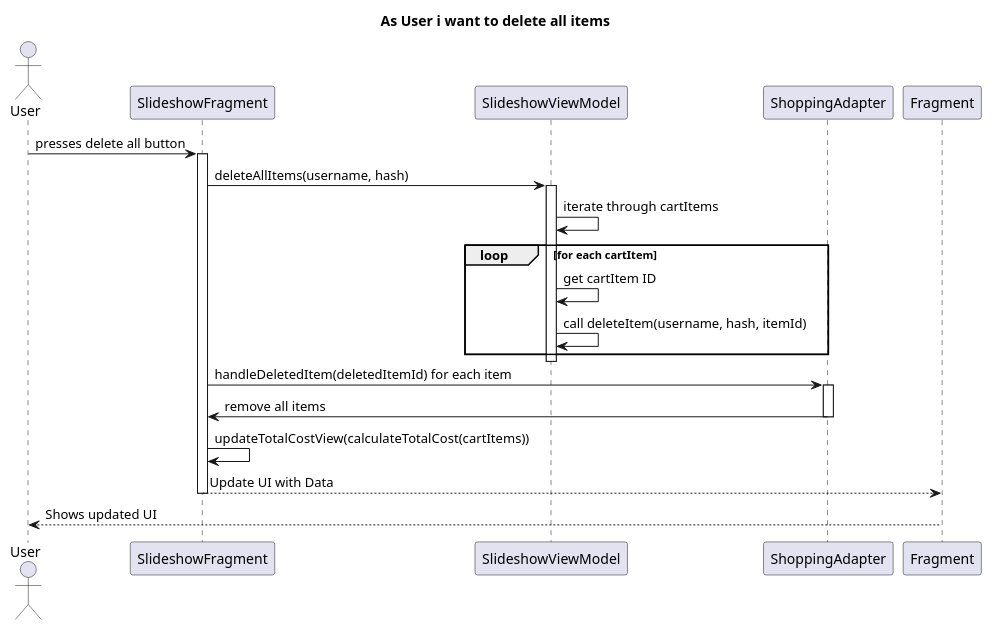
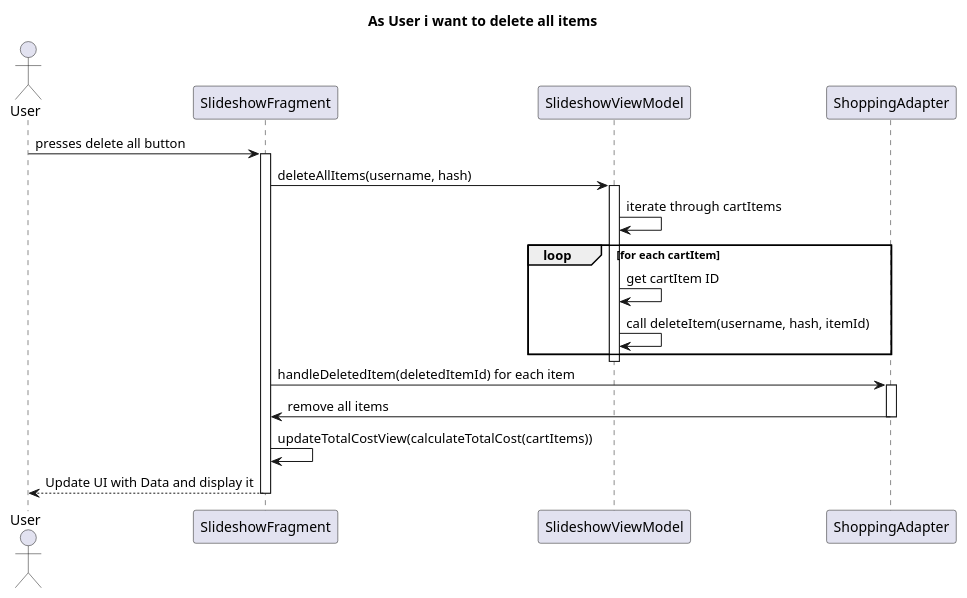
Before and after one commit to IsepMartimOliveira/DSSMV_ProjectDroid_1181754: the diagram in Documents/US/US08/SD.puml, drawn with PlantUML. The commit also changed 16 other files, not shown here.

```diff
--- a/Documents/US/US08/SD.puml
+++ b/Documents/US/US08/SD.puml
@@ -1,36 +1,35 @@
 @startuml
 title As User i want to delete all items
 actor User as User
 participant "SlideshowFragment" as SlideshowFragment
 participant "SlideshowViewModel" as SlideshowViewModel
 participant "ShoppingAdapter" as ShoppingAdapter
 
 
 
 User -> SlideshowFragment: presses delete all button
 activate SlideshowFragment
 
 SlideshowFragment -> SlideshowViewModel: deleteAllItems(username, hash)
 activate SlideshowViewModel
 
 SlideshowViewModel -> SlideshowViewModel: iterate through cartItems
 loop for each cartItem
     SlideshowViewModel -> SlideshowViewModel: get cartItem ID
     SlideshowViewModel -> SlideshowViewModel: call deleteItem(username, hash, itemId)
 end loop
 
 deactivate SlideshowViewModel
 
 activate SlideshowFragment
 SlideshowFragment -> ShoppingAdapter: handleDeletedItem(deletedItemId) for each item
 activate ShoppingAdapter
 ShoppingAdapter -> SlideshowFragment: remove all items
 deactivate ShoppingAdapter
 
 SlideshowFragment -> SlideshowFragment: updateTotalCostView(calculateTotalCost(cartItems))
-SlideshowFragment --> Fragment: Update UI with Data
+SlideshowFragment --> User: Update UI with Data and display it
 
 deactivate SlideshowFragment
-Fragment-->User:Shows updated UI
-deactivate Fragment
+
 @enduml
```
